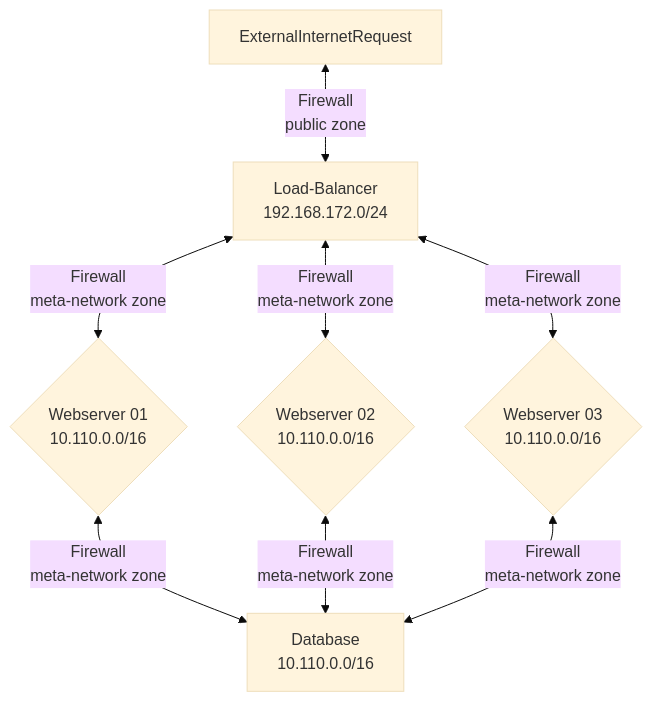
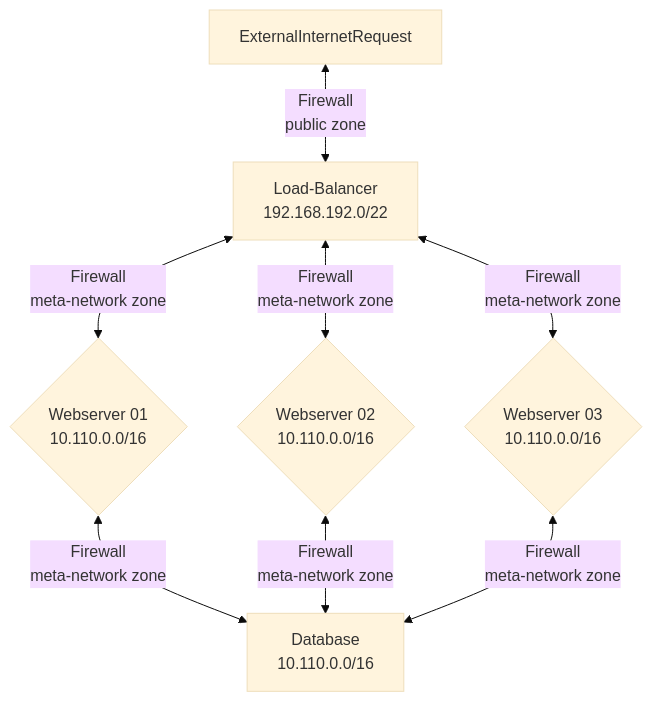
One commit to illinoistech-itm/jhajek changed the diagram in itmt-430/project-tutorials/Getting-Started-three-tier-web-app-tutorial/Readme.md. Above: the diagram before and after it, drawn with Mermaid (base theme).

Commit message:
update IP to 192.168.192.0/22

````diff
--- a/itmt-430/project-tutorials/Getting-Started-three-tier-web-app-tutorial/Readme.md
+++ b/itmt-430/project-tutorials/Getting-Started-three-tier-web-app-tutorial/Readme.md
@@ -98,11 +98,11 @@
 ```mermaid
 
 flowchart TD
     ExternalInternetRequest <-->|Firewall<br />public zone| A
-    A[Load-Balancer<br />192.168.172.0/24] <-->|Firewall<br />meta-network zone| B{Webserver 01<br />10.110.0.0/16}
-    A[Load-Balancer<br />192.168.172.0/24] <-->|Firewall<br />meta-network zone| C{Webserver 02<br />10.110.0.0/16}
-    A[Load-Balancer<br />192.168.172.0/24] <-->|Firewall<br />meta-network zone| D{Webserver 03<br />10.110.0.0/16}
+    A[Load-Balancer<br />192.168.192.0/22] <-->|Firewall<br />meta-network zone| B{Webserver 01<br />10.110.0.0/16}
+    A[Load-Balancer<br />192.168.192.0/22] <-->|Firewall<br />meta-network zone| C{Webserver 02<br />10.110.0.0/16}
+    A[Load-Balancer<br />192.168.192.0/22] <-->|Firewall<br />meta-network zone| D{Webserver 03<br />10.110.0.0/16}
     B <-->|Firewall<br />meta-network zone| E[Database<br />10.110.0.0/16]
     C <-->|Firewall<br />meta-network zone| E[Database<br />10.110.0.0/16]
     D <-->|Firewall<br />meta-network zone| E[Database<br />10.110.0.0/16]
 ```
````
